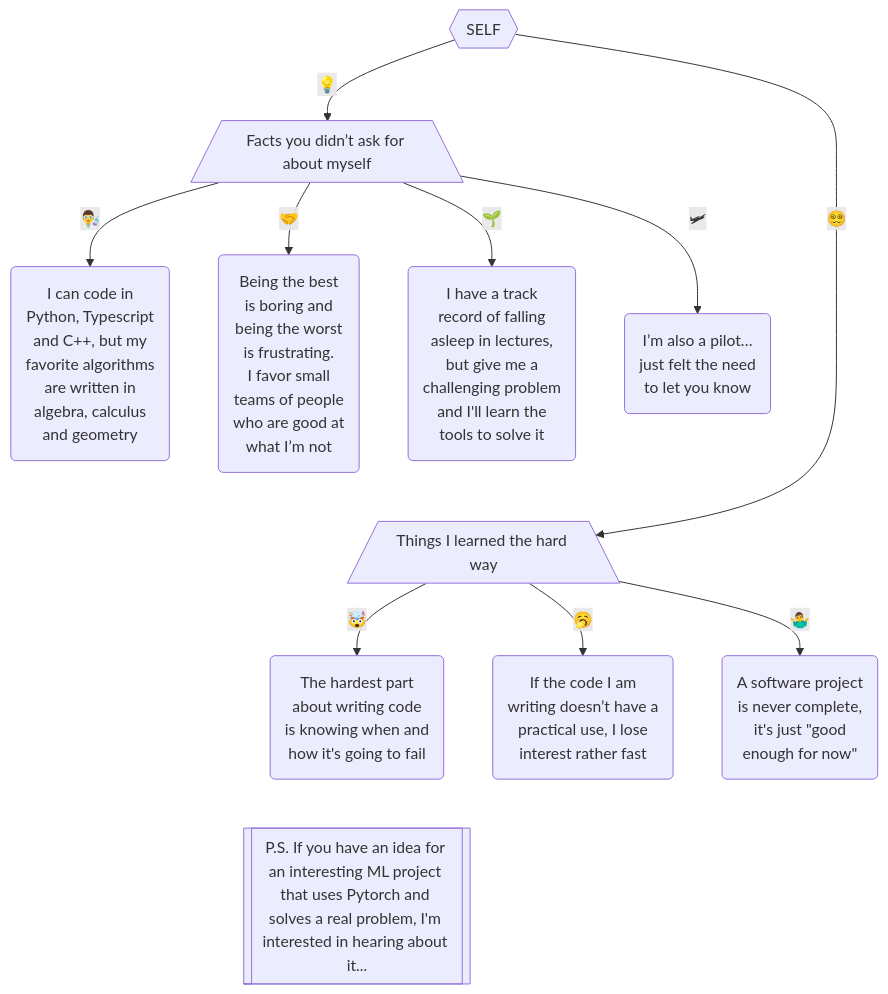
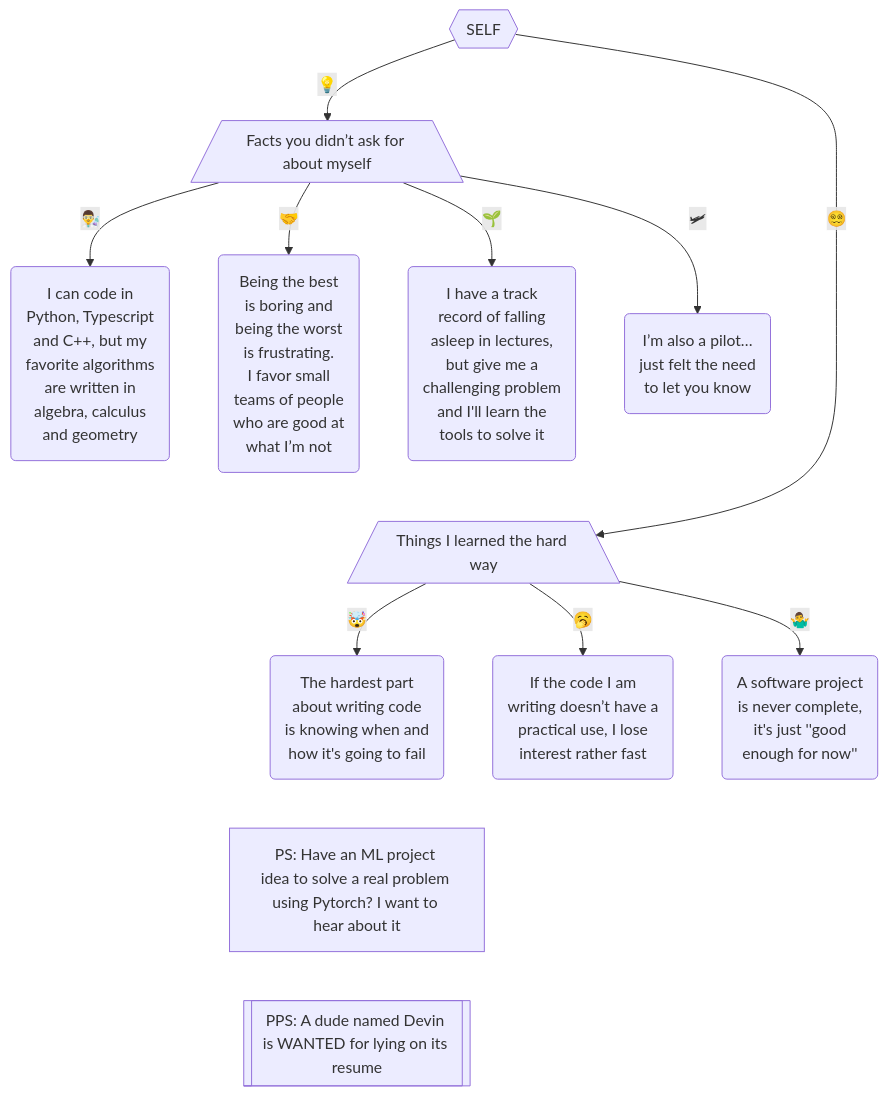
One commit to AndresPradGo/AndresPradGo changed the diagram in README.md. Above: the diagram before and after it, drawn with Mermaid. The commit also changed other lines of this file, not shown here.

````diff
--- a/README.md
+++ b/README.md
@@ -8,66 +8,68 @@
 ```mermaid
 graph TD
 
     A{{SELF}} -->|💡| B[/Facts you didn’t ask for about myself\]
 
     B -->|👨‍🔬| D(
         I can code in
         Python, Typescript
         and C++, but my
         favorite algorithms
         are written in
         algebra, calculus
         and geometry
     )
     B -->|🤝| E(
         Being the best
         is boring and
         being the worst
         is frustrating.
         I favor small
         teams of people
         who are good at
         what I’m not
     )
     B -->|🌱| F(
         I have a track
         record of falling
         asleep in lectures,
         but give me a
         challenging problem
         and I'll learn the
         tools to solve it
     )
     B -->|🛩| G(
         I’m also a pilot…
         just felt the need
         to let you know
     )
 
     A -->|😵‍💫| C[/Things I learned the hard way\]
+    E ~~~ C
 
     C -->|🤯| H(
         The hardest part
         about writing code
         is knowing when and
         how it's going to fail
     )
     C -->|🥱| I(
         If the code I am
         writing doesn’t have a
         practical use, I lose
         interest rather fast
     )
     C -->|🤷‍♂️| J(
         A software project
         is never complete,
-        it's just #quot;good
-        enough for now#quot;
+        it's just ''good
+        enough for now''
     )
 
-    H ~~~ K[[
-        P.S. If you have an idea for an interesting ML project that uses Pytorch and solves a real problem, I'm interested in hearing about it...
+    H ~~~ K[
+        PS: Have an ML project idea to solve a real problem using Pytorch? I want to hear about it
+    ]
+    K ~~~ L[[
+        PPS: A dude named Devin is WANTED for lying on its resume
     ]]
-
-    E ~~~ C
 ```
````
